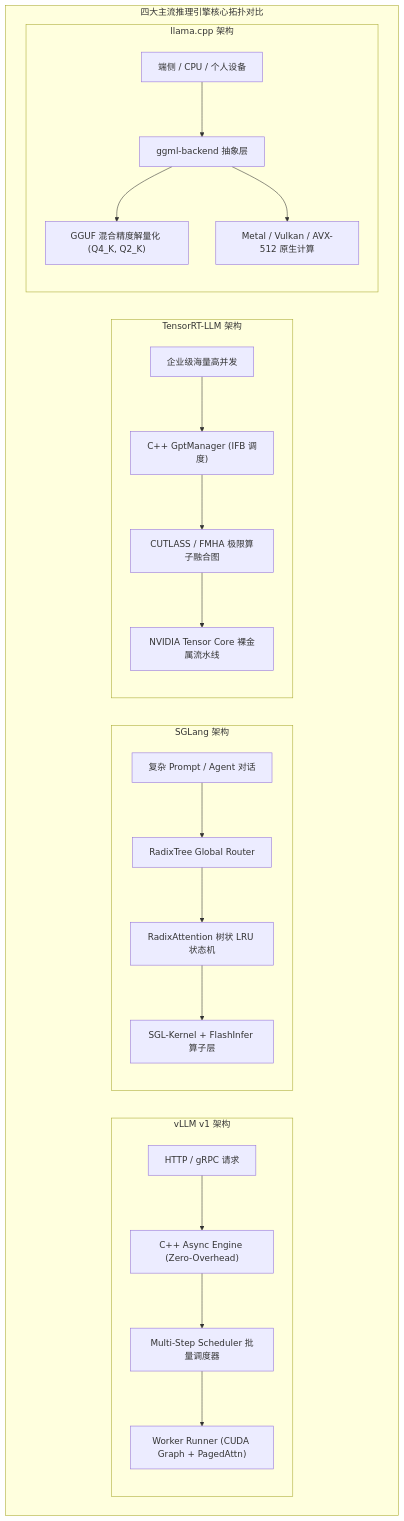
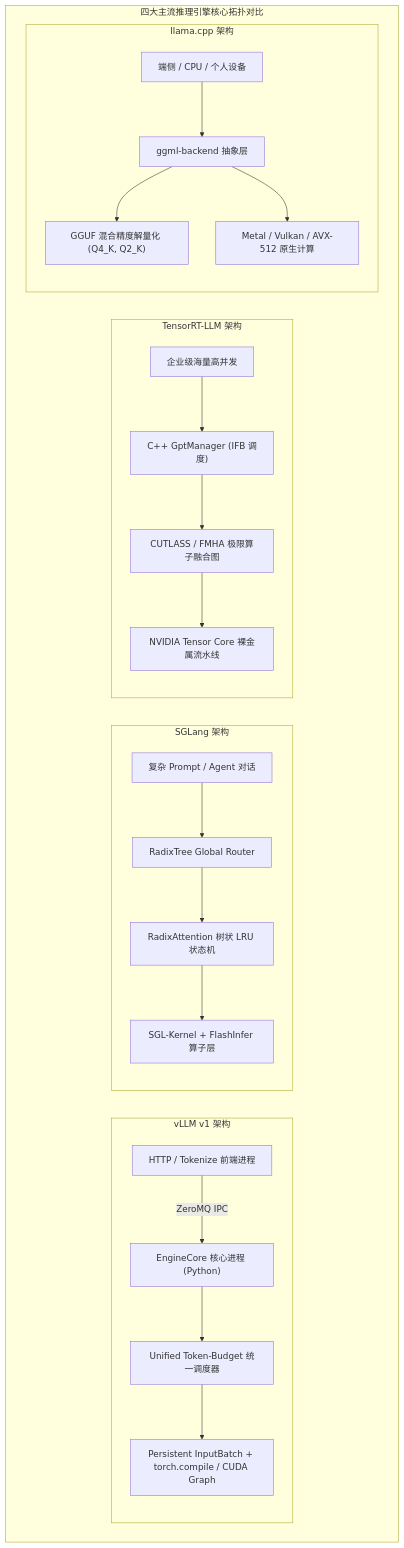
Before and after one commit to ifnodoraemon/ifnodoraemon.github.io: the first of 2 diagrams in content/zh/articles/inference-engines-core-architecture-internals.md, drawn with Mermaid. The commit also changed other lines of this file and 171 other files, not shown here.

````diff
--- a/content/zh/articles/inference-engines-core-architecture-internals.md
+++ b/content/zh/articles/inference-engines-core-architecture-internals.md
@@ -57,28 +57,28 @@
 ```mermaid
 flowchart TD
     subgraph ArchComparison["四大主流推理引擎核心拓扑对比"]
         subgraph VLLM["vLLM v1 架构"]
-            V_IN["HTTP / gRPC 请求"] --> V_ENG["C++ Async Engine (Zero-Overhead)"]
-            V_ENG --> V_SCHED["Multi-Step Scheduler 批量调度器"]
-            V_SCHED --> V_RUN["Worker Runner (CUDA Graph + PagedAttn)"]
+            V_IN["HTTP / Tokenize 前端进程"] -->|"ZeroMQ IPC"| V_ENG["EngineCore 核心进程 (Python)"]
+            V_ENG --> V_SCHED["Unified Token-Budget 统一调度器"]
+            V_SCHED --> V_RUN["Persistent InputBatch + torch.compile / CUDA Graph"]
         end
 
         subgraph SGL["SGLang 架构"]
             S_IN["复杂 Prompt / Agent 对话"] --> S_ROUTER["RadixTree Global Router"]
             S_ROUTER --> S_TREE["RadixAttention 树状 LRU 状态机"]
             S_TREE --> S_RUN["SGL-Kernel + FlashInfer 算子层"]
         end
 
         subgraph TRT["TensorRT-LLM 架构"]
             T_IN["企业级海量高并发"] --> T_MGR["C++ GptManager (IFB 调度)"]
             T_MGR --> T_FUSED["CUTLASS / FMHA 极限算子融合图"]
             T_FUSED --> T_GPU["NVIDIA Tensor Core 裸金属流水线"]
         end
 
         subgraph LLAMA["llama.cpp 架构"]
             L_IN["端侧 / CPU / 个人设备"] --> L_CORE["ggml-backend 抽象层"]
             L_CORE --> L_QUANT["GGUF 混合精度解量化 (Q4_K, Q2_K)"]
             L_CORE --> L_METAL["Metal / Vulkan / AVX-512 原生计算"]
         end
     end
 ```
````
